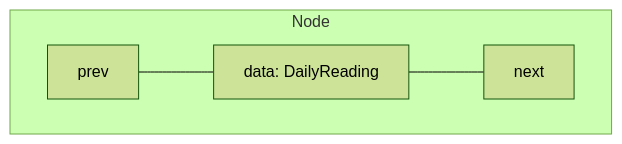
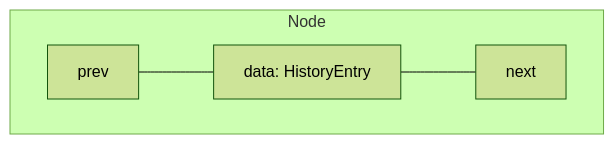
One commit to qgjones9/python-programming-guide changed the third of 10 diagrams in docs/dsa/data-structures/doubly-linked-list/index.md. Above: the diagram before and after it, drawn with Mermaid (forest theme). The commit also changed other lines of this file and 31 other files, not shown here.

````diff
--- a/docs/dsa/data-structures/doubly-linked-list/index.md
+++ b/docs/dsa/data-structures/doubly-linked-list/index.md
@@ -94,10 +94,10 @@
 ```mermaid
 flowchart TB
   subgraph node["Node"]
-    D["data: DailyReading"]
+    D["data: HistoryEntry"]
     P["prev"]
     N["next"]
   end
   P --- D
   D --- N
 ```
````
